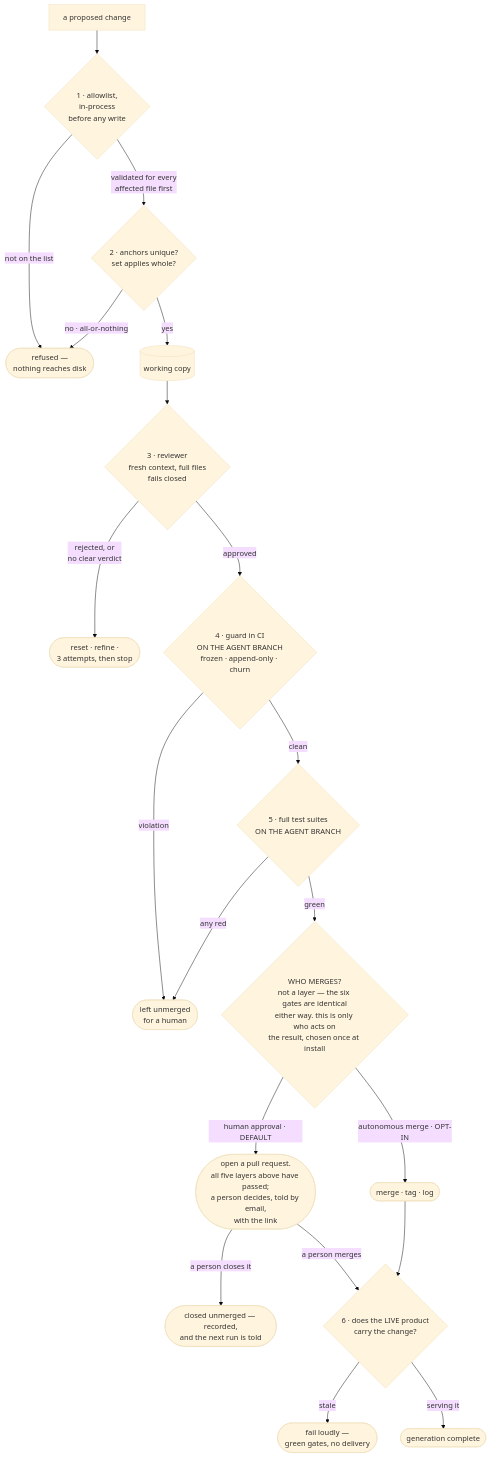
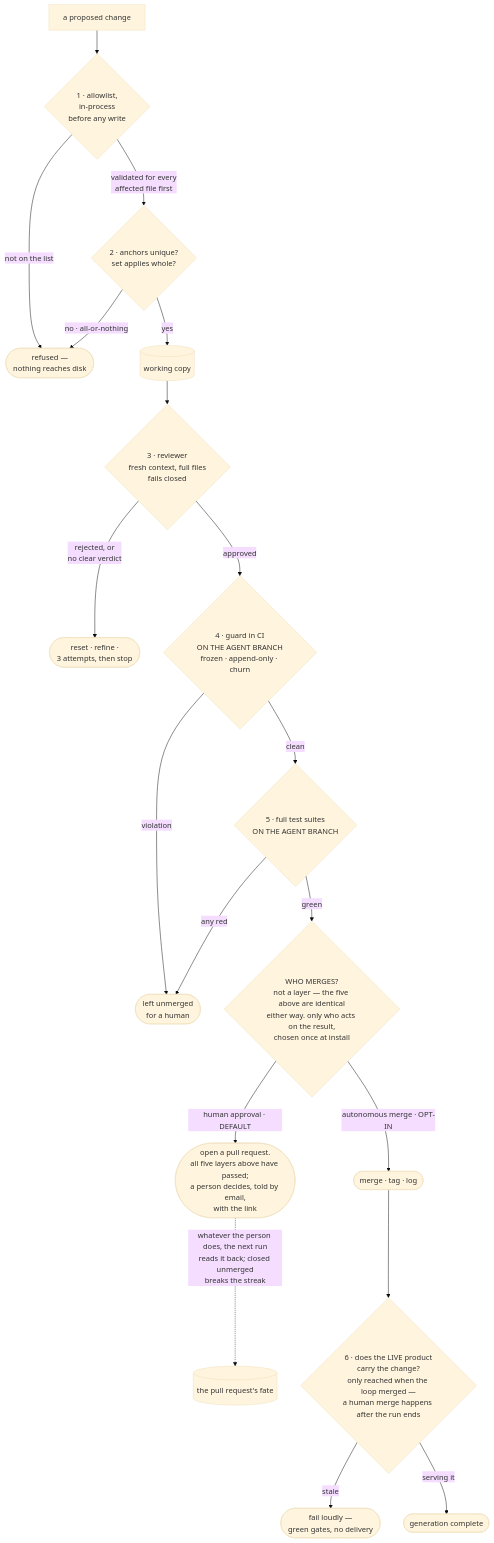
One commit to Chrisfoz/self-optimisation changed the diagram in learning/diagrams/generic-guardrails.mmd. Above: the diagram before and after it, drawn with Mermaid (base theme). The commit also changed 10 other files, not shown here.

```diff
--- a/learning/diagrams/generic-guardrails.mmd
+++ b/learning/diagrams/generic-guardrails.mmd
@@ -1,29 +1,28 @@
 flowchart TB
   idea["a proposed change"] --> l1
 
   l1{"1 · allowlist,<br/>in-process<br/>before any write"} -->|"not on the list"| no(["refused —<br/>nothing reaches disk"])
   l1 -->|"validated for every<br/>affected file first"| l2
 
   l2{"2 · anchors unique?<br/>set applies whole?"} -->|"no · all-or-nothing"| no
   l2 -->|"yes"| tree[("working copy")]
 
   tree --> l3{"3 · reviewer<br/>fresh context, full files<br/>fails closed"}
   l3 -->|"rejected, or<br/>no clear verdict"| retry(["reset · refine ·<br/>3 attempts, then stop"])
   l3 -->|"approved"| l4
 
   l4{"4 · guard in CI<br/>ON THE AGENT BRANCH<br/>frozen · append-only · churn"} -->|"violation"| held(["left unmerged<br/>for a human"])
   l4 -->|"clean"| l5
 
   l5{"5 · full test suites<br/>ON THE AGENT BRANCH"} -->|"any red"| held
   l5 -->|"green"| who
 
-  who{"WHO MERGES?<br/>not a layer — the six gates are identical<br/>either way. this is only who acts on<br/>the result, chosen once at install"}
+  who{"WHO MERGES?<br/>not a layer — the five above are identical<br/>either way. only who acts on the result,<br/>chosen once at install"}
   who -->|"human approval · DEFAULT"| pr(["open a pull request.<br/>all five layers above have passed;<br/>a person decides, told by email,<br/>with the link"])
   who -->|"autonomous merge · OPT-IN"| merge(["merge · tag · log"])
 
-  pr -->|"a person closes it"| shut(["closed unmerged — recorded,<br/>and the next run is told"])
-  pr -->|"a person merges"| l6
+  pr -.->|"whatever the person does, the next run<br/>reads it back; closed unmerged<br/>breaks the streak"| shut[("the pull request's fate")]
   merge --> l6
 
-  l6{"6 · does the LIVE product<br/>carry the change?"} -->|"stale"| loud(["fail loudly —<br/>green gates, no delivery"])
+  l6{"6 · does the LIVE product<br/>carry the change?<br/>only reached when the loop merged —<br/>a human merge happens after the run ends"} -->|"stale"| loud(["fail loudly —<br/>green gates, no delivery"])
   l6 -->|"serving it"| done(["generation complete"])
```
